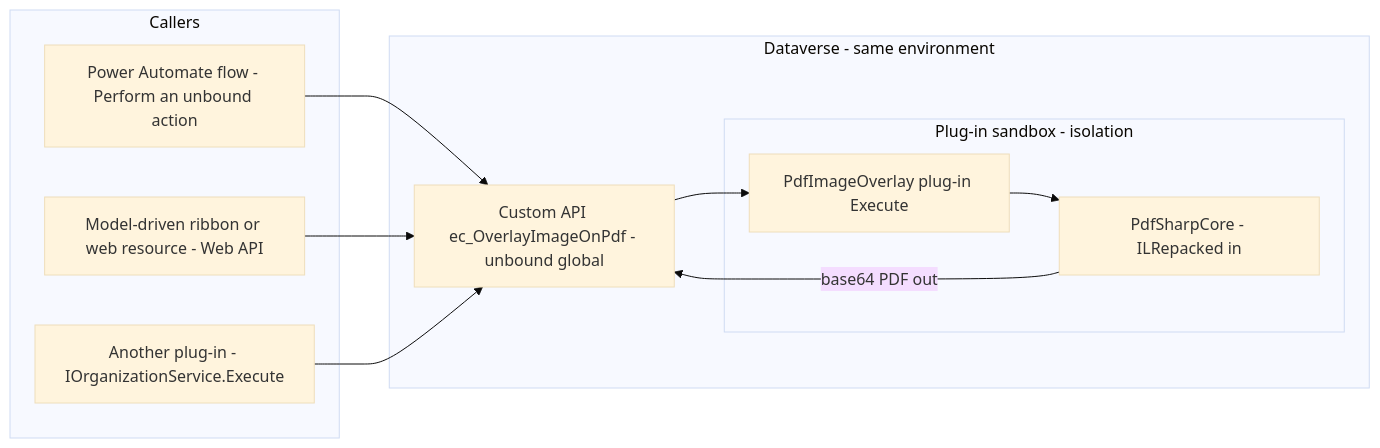
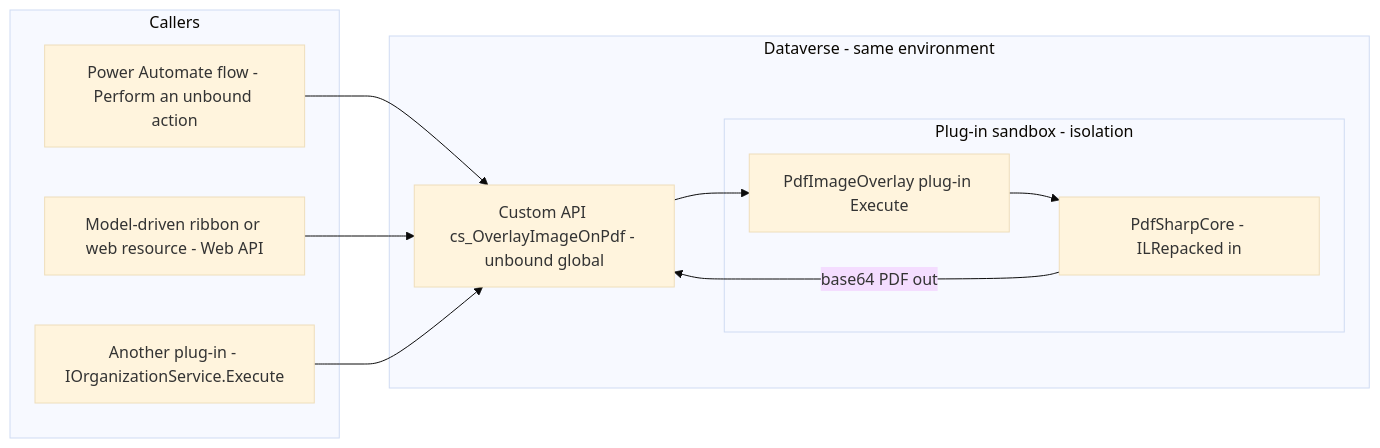
One commit to Cloudstrucc/nintex-dataverse changed the first of 2 diagrams in solutions/docs/pdf-overlay-plugin/README.md. Above: the diagram before and after it, drawn with Mermaid (base theme). The commit also changed other lines of this file, not shown here.

````diff
--- a/solutions/docs/pdf-overlay-plugin/README.md
+++ b/solutions/docs/pdf-overlay-plugin/README.md
@@ -53,22 +70,22 @@
 ```mermaid
 flowchart LR
   subgraph Callers
     FLOW["Power Automate flow - Perform an unbound action"]
     JS["Model-driven ribbon or web resource - Web API"]
     PLG["Another plug-in - IOrganizationService.Execute"]
   end
 
   subgraph DV["Dataverse - same environment"]
-    API["Custom API ec_OverlayImageOnPdf - unbound global"]
+    API["Custom API cs_OverlayImageOnPdf - unbound global"]
     subgraph SBX["Plug-in sandbox - isolation"]
       P["PdfImageOverlay plug-in Execute"]
       LIB["PdfSharpCore - ILRepacked in"]
     end
     API --> P --> LIB
   end
 
   FLOW --> API
   JS --> API
   PLG --> API
   LIB -->|base64 PDF out| API
 ```
````
